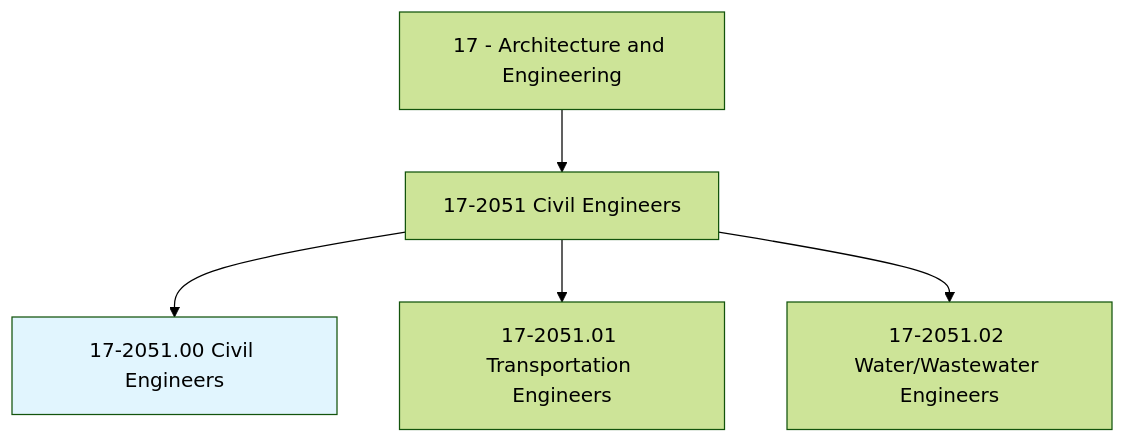
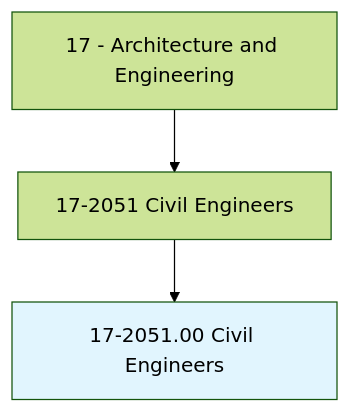
The first of 4 diagrams in occupations/Architecture/CivilEngineers.mdx (kziemski/business.org.ai), drawn with Mermaid (forest theme) before and after one commit. The commit also changed other lines of this file and 938 other files, not shown here.

````diff
--- a/occupations/Architecture/CivilEngineers.mdx
+++ b/occupations/Architecture/CivilEngineers.mdx
@@ -19,8 +23,6 @@
 ```mermaid
 graph TD
     Cat17["17 - Architecture and Engineering"] --> Group172051["17-2051 Civil Engineers"]
     Group172051 --> Current["17-2051.00 Civil Engineers"]
     style Current fill:#e1f5fe
-    Group172051 --> V17205101["17-2051.01 Transportation Engineers"]
-    Group172051 --> V17205102["17-2051.02 Water/Wastewater Engineers"]
 ```
````
